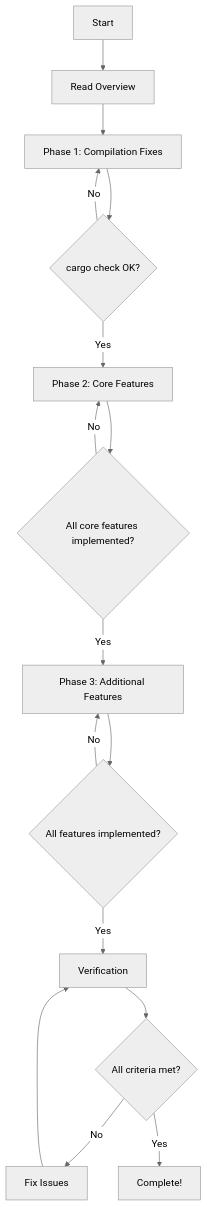
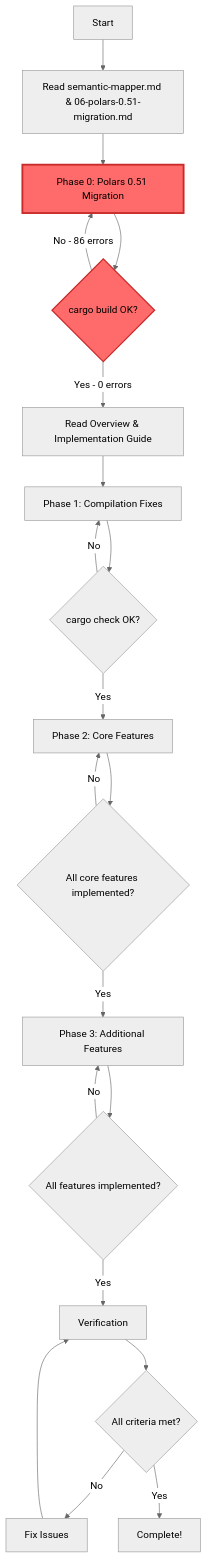
The diagram in docs/project-plan/README.md (TradingBias/rust), drawn with Mermaid (neutral theme) before and after one commit. The commit also changed other lines of this file and 5 other files, not shown here.

````diff
--- a/docs/project-plan/README.md
+++ b/docs/project-plan/README.md
@@ -169,18 +219,25 @@
 ```mermaid
 graph TD
-    A[Start] --> B[Read Overview]
-    B --> C[Phase 1: Compilation Fixes]
-    C --> D{cargo check OK?}
-    D -->|No| C
-    D -->|Yes| E[Phase 2: Core Features]
-    E --> F{All core features implemented?}
-    F -->|No| E
-    F -->|Yes| G[Phase 3: Additional Features]
-    G --> H{All features implemented?}
-    H -->|No| G
-    H -->|Yes| I[Verification]
-    I --> J{All criteria met?}
-    J -->|No| K[Fix Issues]
-    K --> I
-    J -->|Yes| L[Complete!]
+    A[Start] --> B[Read semantic-mapper.md & 06-polars-0.51-migration.md]
+    B --> C[Phase 0: Polars 0.51 Migration]
+    C --> D{cargo build OK?}
+    D -->|No - 86 errors| C
+    D -->|Yes - 0 errors| E[Read Overview & Implementation Guide]
+    E --> F[Phase 1: Compilation Fixes]
+    F --> G{cargo check OK?}
+    G -->|No| F
+    G -->|Yes| H[Phase 2: Core Features]
+    H --> I{All core features implemented?}
+    I -->|No| H
+    I -->|Yes| J[Phase 3: Additional Features]
+    J --> K{All features implemented?}
+    K -->|No| J
+    K -->|Yes| L[Verification]
+    L --> M{All criteria met?}
+    M -->|No| N[Fix Issues]
+    N --> L
+    M -->|Yes| O[Complete!]
+
+    style C fill:#ff6b6b,stroke:#c92a2a,stroke-width:3px
+    style D fill:#ff6b6b,stroke:#c92a2a,stroke-width:2px
 ```
````
